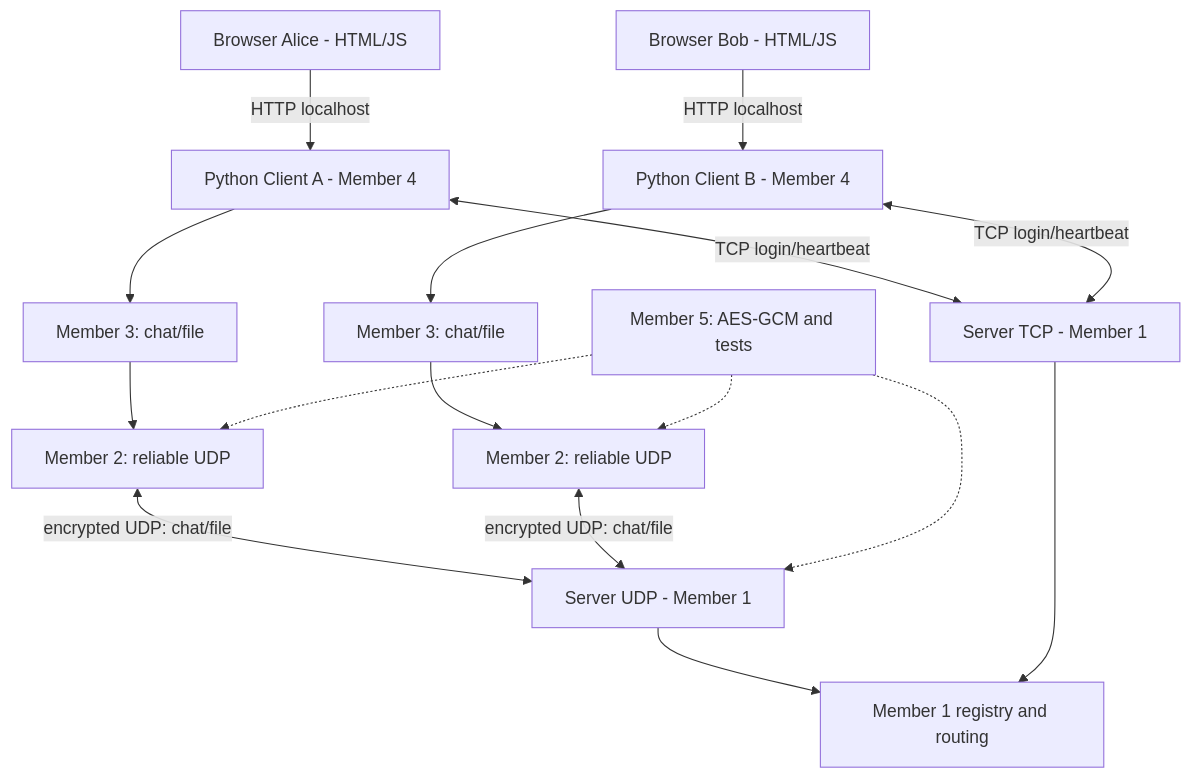
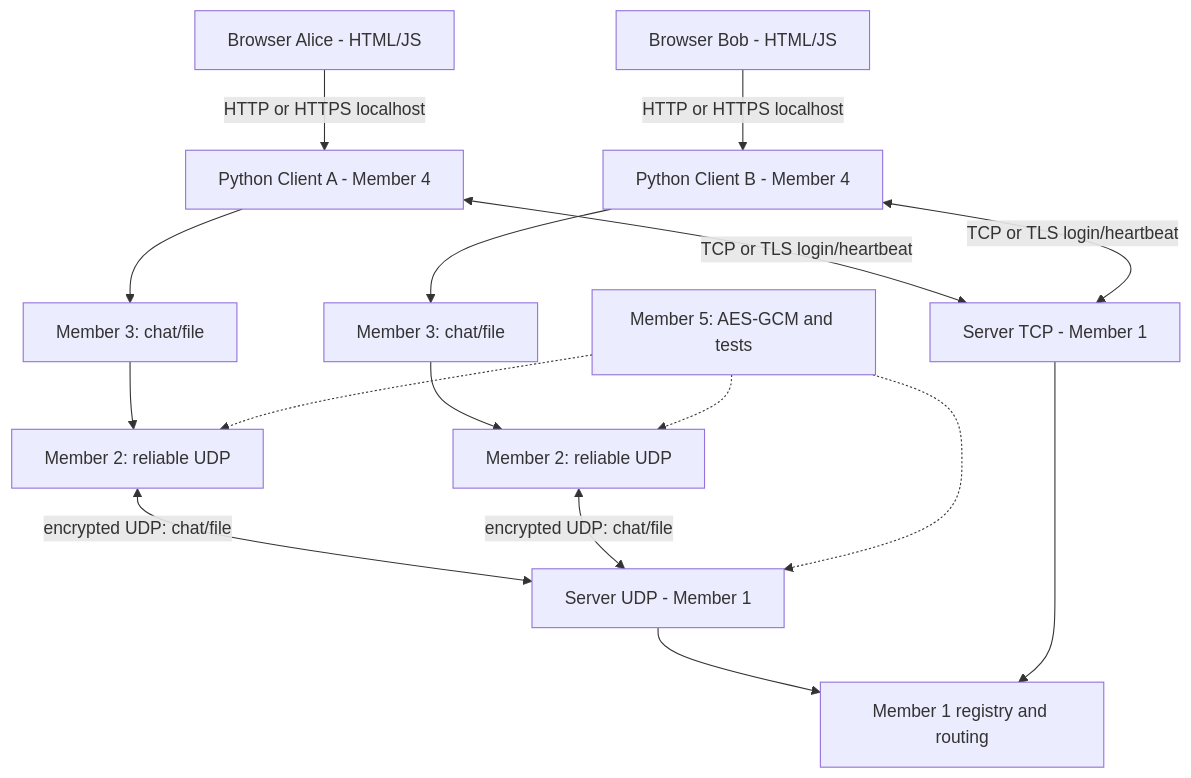
The diagram in docs/architecture.md (Qtryn/Computer_Network_ASS1), drawn with Mermaid before and after one commit. The commit also changed other lines of this file and 17 other files, not shown here.

````diff
--- a/docs/architecture.md
+++ b/docs/architecture.md
@@ -3,18 +3,18 @@
 ```mermaid
 flowchart TB
-    BrowserA[Browser Alice - HTML/JS] -->|HTTP localhost| ClientA[Python Client A - Member 4]
-    BrowserB[Browser Bob - HTML/JS] -->|HTTP localhost| ClientB[Python Client B - Member 4]
+    BrowserA[Browser Alice - HTML/JS] -->|HTTP or HTTPS localhost| ClientA[Python Client A - Member 4]
+    BrowserB[Browser Bob - HTML/JS] -->|HTTP or HTTPS localhost| ClientB[Python Client B - Member 4]
     ClientA --> ChatFileA[Member 3: chat/file]
     ClientB --> ChatFileB[Member 3: chat/file]
     ChatFileA --> UDP_A[Member 2: reliable UDP]
     ChatFileB --> UDP_B[Member 2: reliable UDP]
     UDP_A <-->|encrypted UDP: chat/file| ServerUDP[Server UDP - Member 1]
     UDP_B <-->|encrypted UDP: chat/file| ServerUDP
-    ClientA <-->|TCP login/heartbeat| ServerTCP[Server TCP - Member 1]
-    ClientB <-->|TCP login/heartbeat| ServerTCP
+    ClientA <-->|TCP or TLS login/heartbeat| ServerTCP[Server TCP - Member 1]
+    ClientB <-->|TCP or TLS login/heartbeat| ServerTCP
     ServerUDP --> Registry[Member 1 registry and routing]
     ServerTCP --> Registry
     Security[Member 5: AES-GCM and tests] -.-> UDP_A
     Security -.-> UDP_B
     Security -.-> ServerUDP
 ```
````
